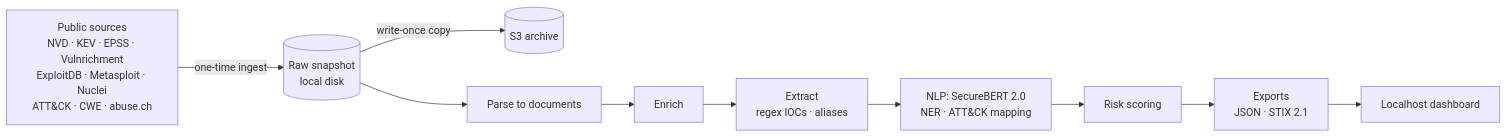
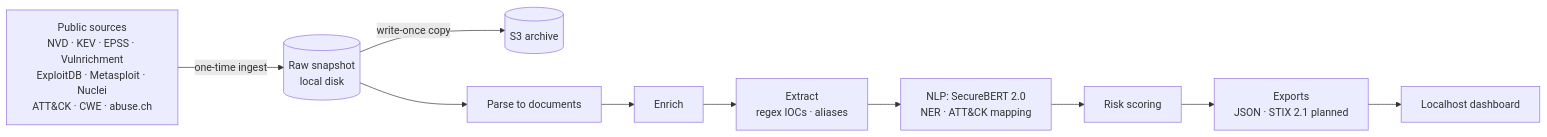
One commit to arinvandrapu/Cyber-Threat-Intelligence-System changed the diagram in README.md. Above: the diagram before and after it, drawn with Mermaid. The commit also changed other lines of this file and 16 other files, not shown here.

````diff
--- a/README.md
+++ b/README.md
@@ -41,12 +41,12 @@
 ```mermaid
 flowchart LR
     A[Public sources<br/>NVD · KEV · EPSS · Vulnrichment<br/>ExploitDB · Metasploit · Nuclei<br/>ATT&CK · CWE · abuse.ch] -->|one-time ingest| B[(Raw snapshot<br/>local disk)]
     B -->|write-once copy| S[(S3 archive)]
     B --> C[Parse to documents]
     C --> D[Enrich]
     D --> X[Extract<br/>regex IOCs · aliases]
     X --> E[NLP: SecureBERT 2.0<br/>NER · ATT&CK mapping]
     E --> F[Risk scoring]
-    F --> G[Exports<br/>JSON · STIX 2.1]
+    F --> G[Exports<br/>JSON · STIX 2.1 planned]
     G --> H[Localhost dashboard]
 ```
````
